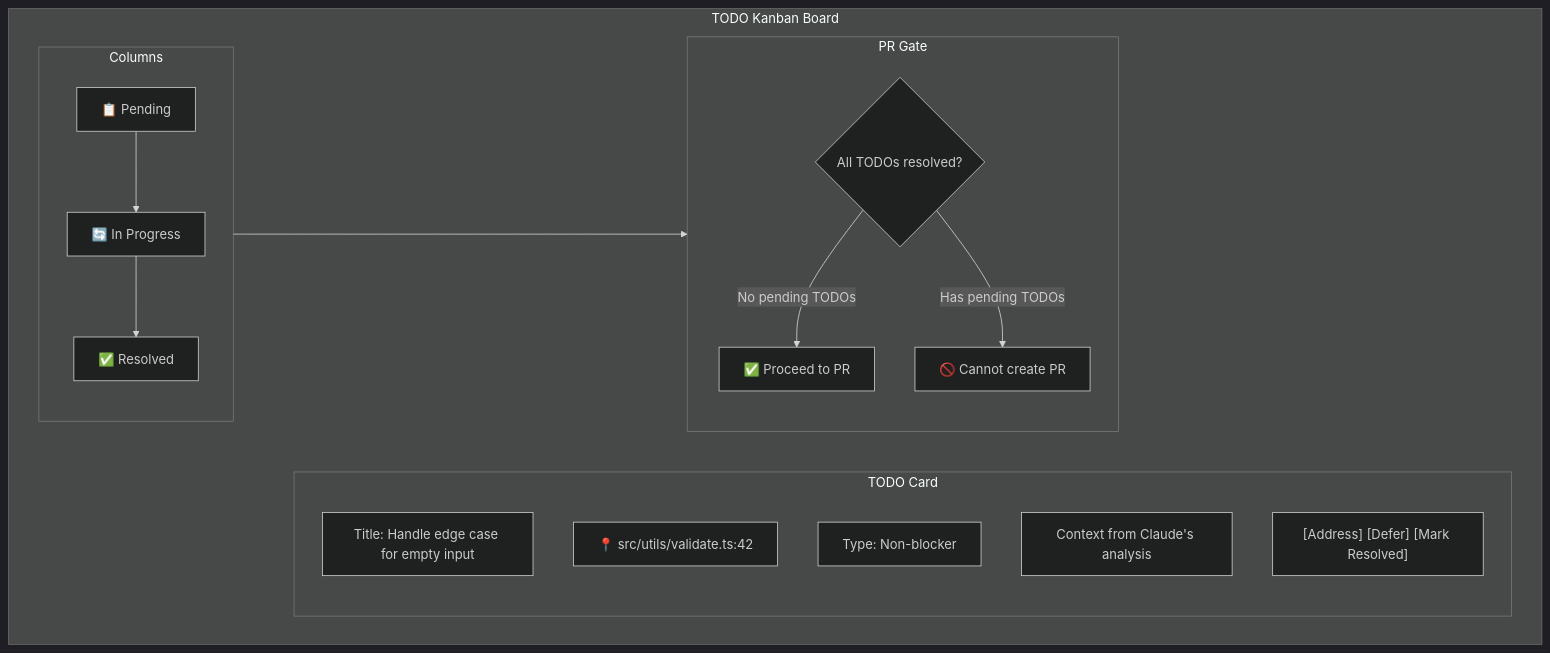
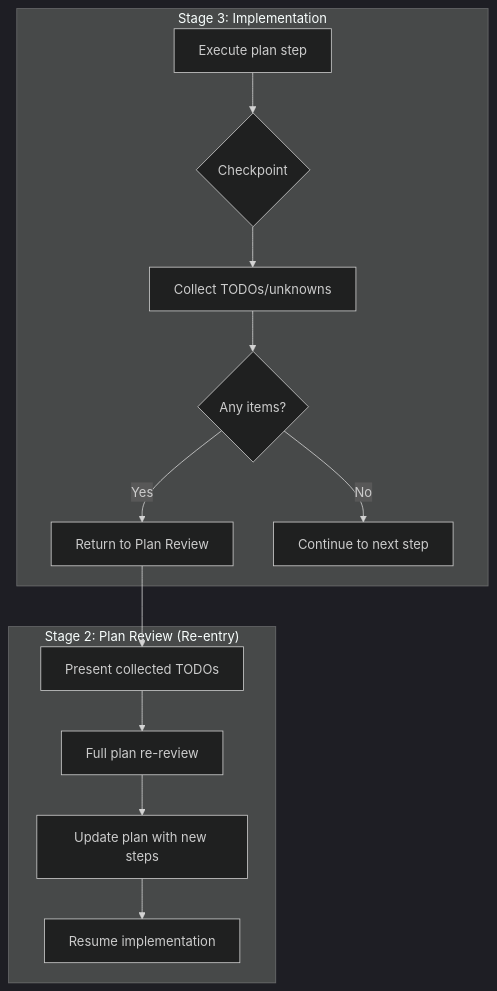
Before and after one commit to clrke/ralph-web: the sixth of 15 diagrams in README.md, drawn with Mermaid (dark theme). The commit also changed other lines of this file, not shown here.

First line of the commit message:
Address remaining README gaps from fourth review

````diff
--- a/README.md
+++ b/README.md
@@ -289,30 +281,17 @@
 ```mermaid
 flowchart TB
-    subgraph TodoKanban["TODO Kanban Board"]
-        subgraph Columns["Columns"]
-            Pending["📋 Pending"]
-            InProgress["🔄 In Progress"]
-            Resolved["✅ Resolved"]
-        end
+    subgraph Implementation["Stage 3: Implementation"]
+        A["Execute plan step"] --> B{"Checkpoint"}
+        B --> C["Collect TODOs/unknowns"]
+        C --> D{"Any items?"}
+        D -->|Yes| E["Return to Plan Review"]
+        D -->|No| F["Continue to next step"]
+    end
 
-        subgraph TodoCard["TODO Card"]
-            Title["Title: Handle edge case for empty input"]
-            Location["📍 src/utils/validate.ts:42"]
-            Type["Type: Non-blocker"]
-            Context["Context from Claude's analysis"]
-            Actions["[Address] [Defer] [Mark Resolved]"]
-        end
-
-        subgraph Gate["PR Gate"]
-            Check{"All TODOs resolved?"}
-            Block["🚫 Cannot create PR"]
-            Proceed["✅ Proceed to PR"]
-        end
-
-        Pending --> InProgress
-        InProgress --> Resolved
-        Columns --> Gate
-        Check -->|No pending TODOs| Proceed
-        Check -->|Has pending TODOs| Block
+    subgraph PlanReview["Stage 2: Plan Review (Re-entry)"]
+        E --> G["Present collected TODOs"]
+        G --> H["Full plan re-review"]
+        H --> I["Update plan with new steps"]
+        I --> J["Resume implementation"]
     end
 ```
````
